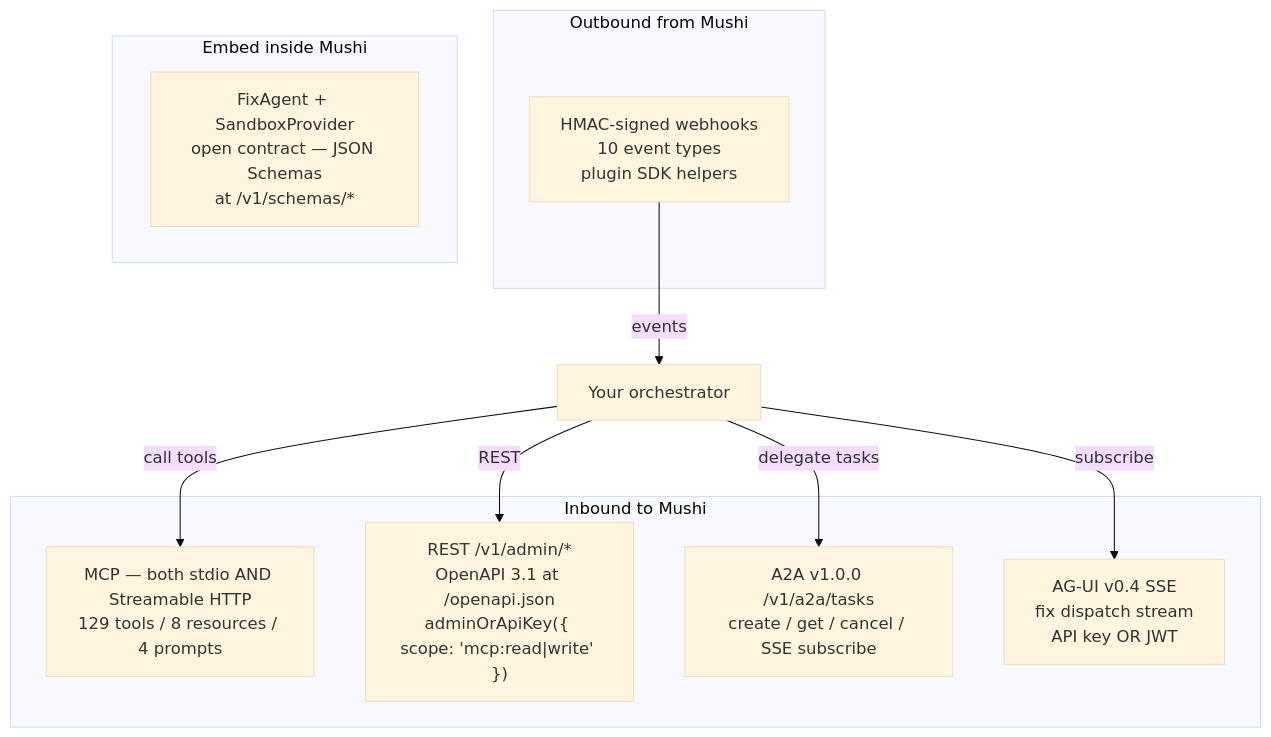
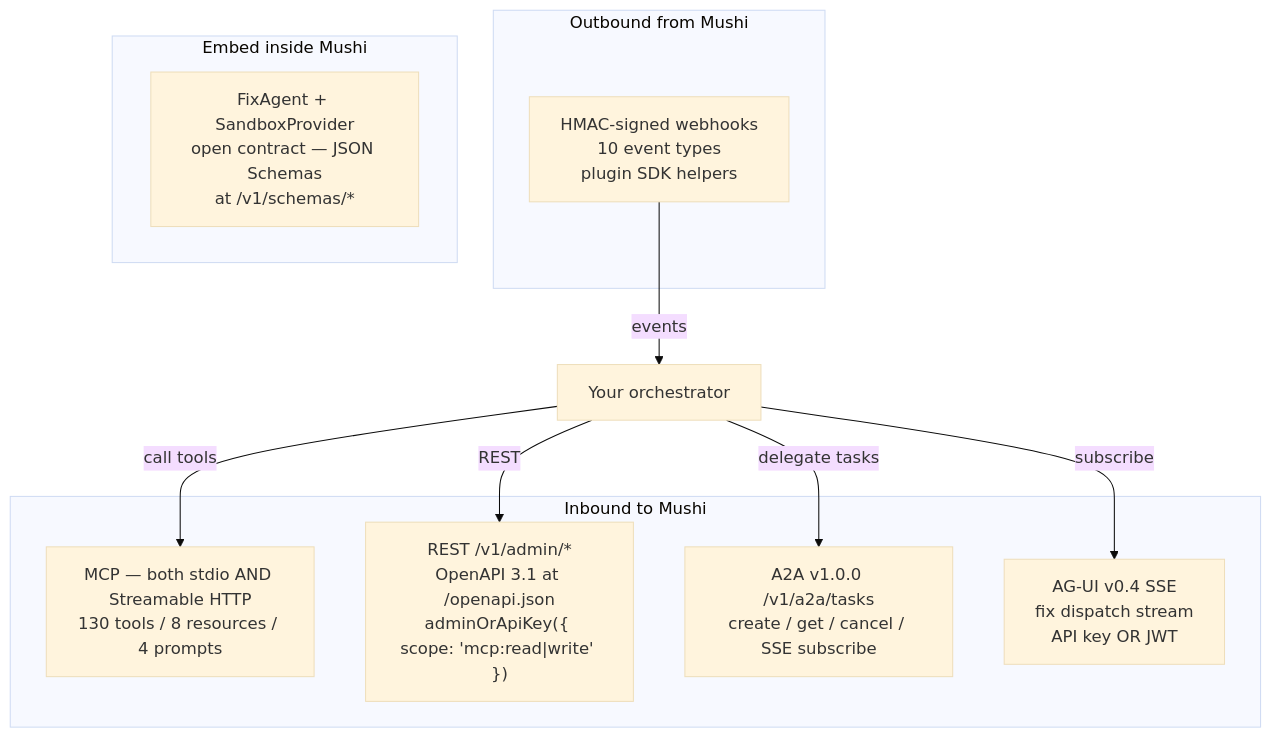
The diagram in apps/docs/content/concepts/orchestrator-interop.mdx (kensaurus/mushi-mushi), drawn with Mermaid (base theme) before and after one commit. The commit also changed other lines of this file and 67 other files, not shown here.

````diff
--- a/apps/docs/content/concepts/orchestrator-interop.mdx
+++ b/apps/docs/content/concepts/orchestrator-interop.mdx
@@ -32,20 +32,20 @@
 ```mermaid
 flowchart TB
   subgraph Inbound["Inbound to Mushi"]
-    MCP["MCP — both stdio AND Streamable HTTP<br/>129 tools / 8 resources / 4 prompts"]
+    MCP["MCP — both stdio AND Streamable HTTP<br/>130 tools / 8 resources / 4 prompts"]
     REST["REST /v1/admin/*<br/>OpenAPI 3.1 at /openapi.json<br/>adminOrApiKey({ scope: 'mcp:read|write' })"]
     A2A["A2A v1.0.0 /v1/a2a/tasks<br/>create / get / cancel / SSE subscribe"]
     AGUI["AG-UI v0.4 SSE<br/>fix dispatch stream<br/>API key OR JWT"]
   end
   subgraph Outbound["Outbound from Mushi"]
     Hooks["HMAC-signed webhooks<br/>10 event types<br/>plugin SDK helpers"]
   end
   subgraph Native["Embed inside Mushi"]
     FA["FixAgent + SandboxProvider<br/>open contract — JSON Schemas<br/>at /v1/schemas/*"]
   end
   Orch["Your orchestrator"] -->|"call tools"| MCP
   Orch -->|"REST"| REST
   Orch -->|"delegate tasks"| A2A
   Orch -->|"subscribe"| AGUI
   Hooks -->|"events"| Orch
 ```
````
